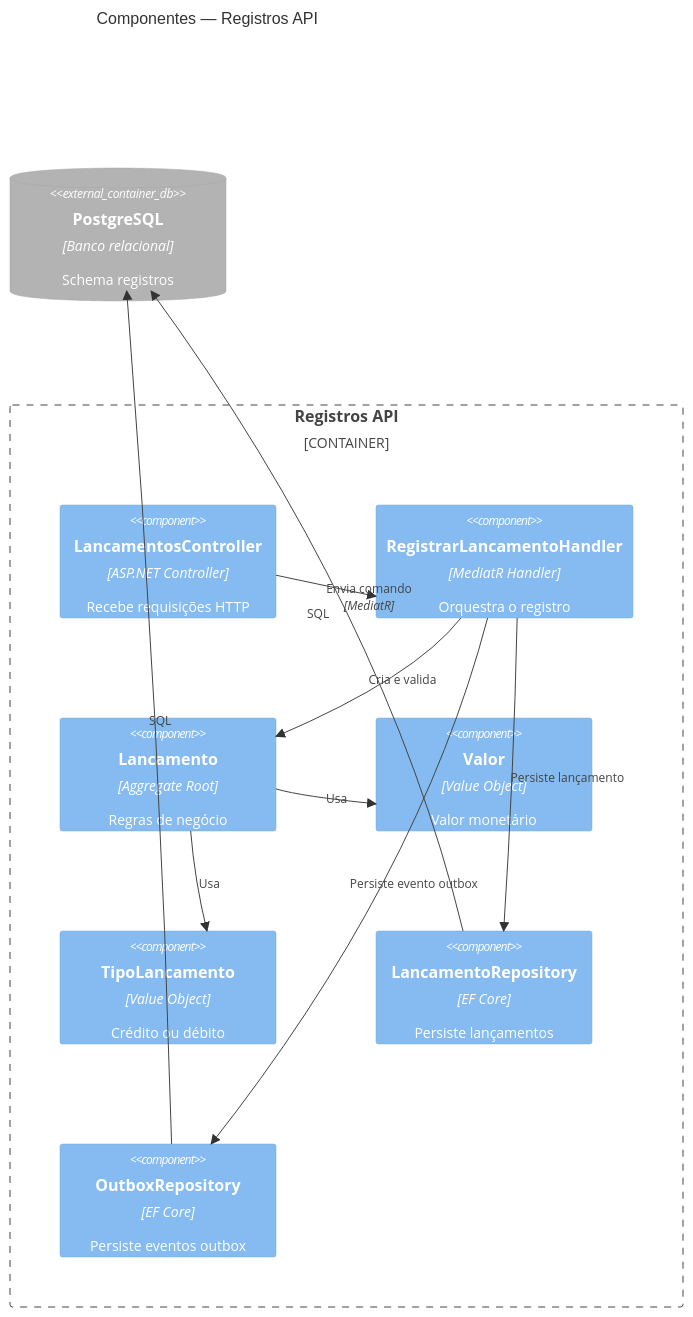
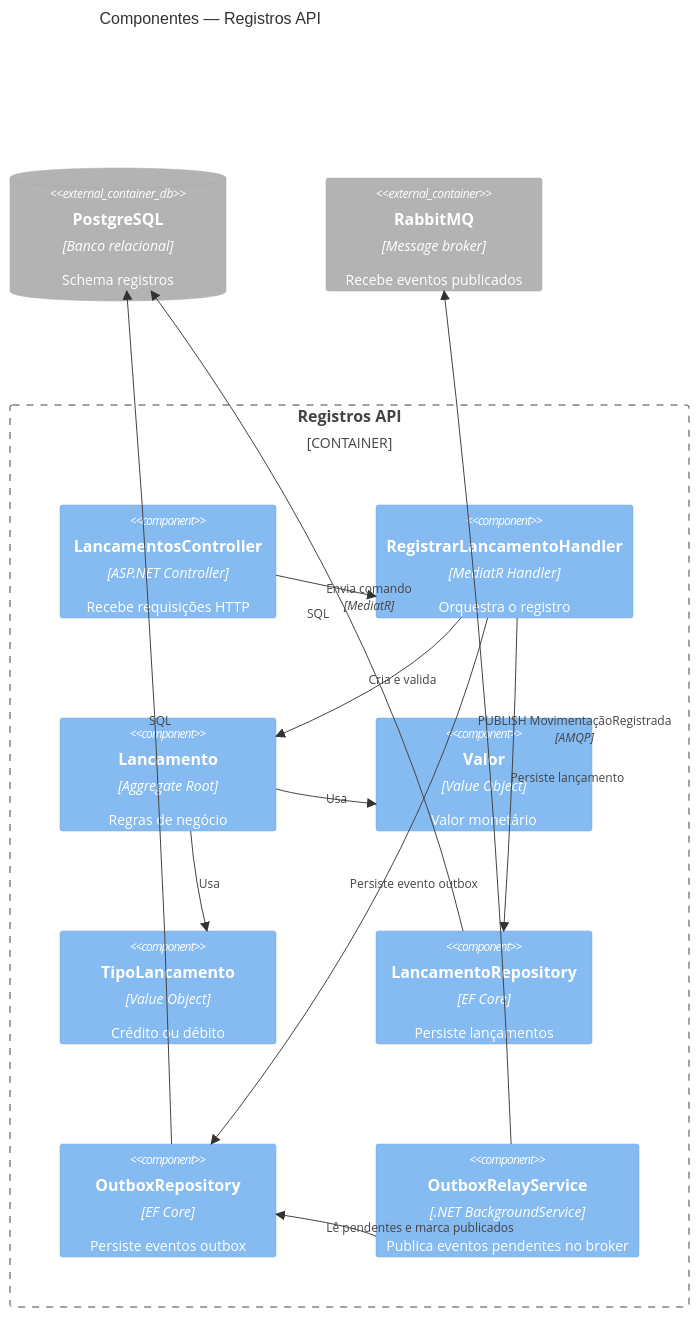
One commit to robsonmazevedo/solidus changed the first of 3 diagrams in docs/arquitetura/c4-components.md. Above: the diagram before and after it, drawn with Mermaid. The commit also changed other lines of this file and 1 other file, not shown here.

Commit message:
fix(arquitetura): corrigir niveis C4 relacionadas as decisões arquiteturais

````diff
--- a/docs/arquitetura/c4-components.md
+++ b/docs/arquitetura/c4-components.md
@@ -11,25 +11,29 @@
 ```mermaid
 C4Component
     title Componentes — Registros API
 
     Container_Boundary(registros_api, "Registros API") {
         Component(controller, "LancamentosController", "ASP.NET Controller", "Recebe requisições HTTP")
         Component(handler, "RegistrarLancamentoHandler", "MediatR Handler", "Orquestra o registro")
         Component(lancamento, "Lancamento", "Aggregate Root", "Regras de negócio")
         Component(valor, "Valor", "Value Object", "Valor monetário")
         Component(tipo, "TipoLancamento", "Value Object", "Crédito ou débito")
         Component(lancamento_repo, "LancamentoRepository", "EF Core", "Persiste lançamentos")
         Component(outbox_repo, "OutboxRepository", "EF Core", "Persiste eventos outbox")
+        Component(relay, "OutboxRelayService", ".NET BackgroundService", "Publica eventos pendentes no broker")
     }
 
     ContainerDb_Ext(postgres, "PostgreSQL", "Banco relacional", "Schema registros")
+    Container_Ext(rabbitmq, "RabbitMQ", "Message broker", "Recebe eventos publicados")
 
     Rel(controller, handler, "Envia comando", "MediatR")
     Rel(handler, lancamento, "Cria e valida")
     Rel(lancamento, valor, "Usa")
     Rel(lancamento, tipo, "Usa")
     Rel(handler, lancamento_repo, "Persiste lançamento")
     Rel(handler, outbox_repo, "Persiste evento outbox")
     Rel(lancamento_repo, postgres, "SQL")
     Rel(outbox_repo, postgres, "SQL")
+    Rel(relay, outbox_repo, "Lê pendentes e marca publicados")
+    Rel(relay, rabbitmq, "PUBLISH MovimentaçãoRegistrada", "AMQP")
 ```
````
